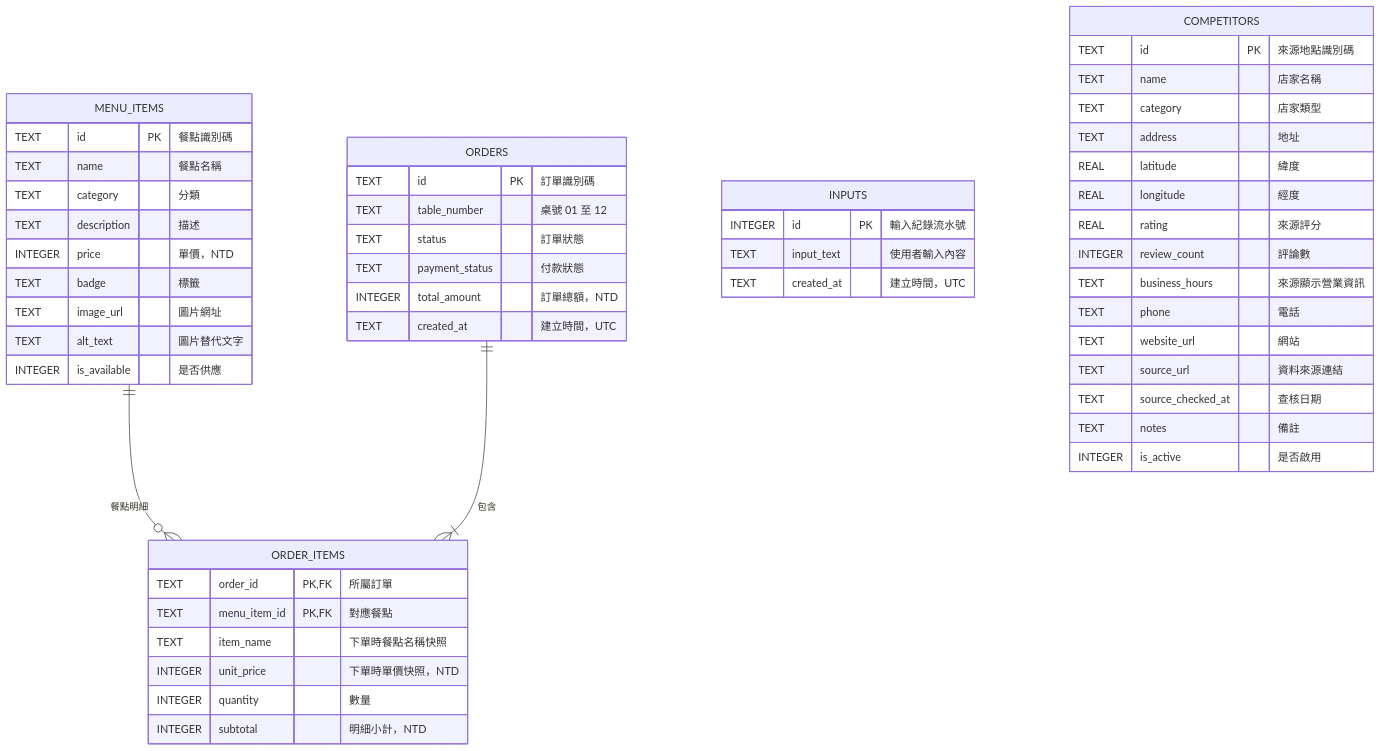
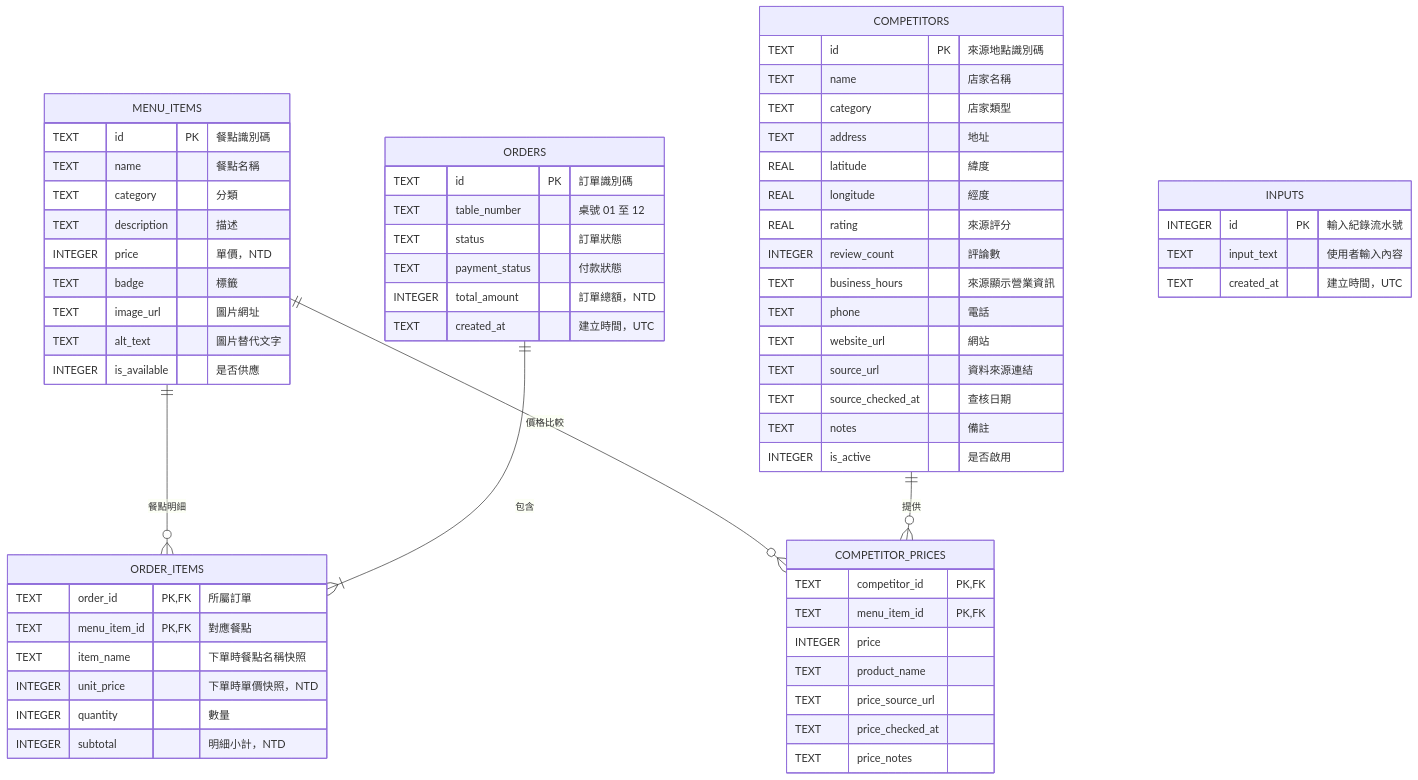
One commit to final0618/POS2 changed the diagram in spec/backend.md. Above: the diagram before and after it, drawn with Mermaid. The commit also changed other lines of this file and 26 other files, not shown here.

````diff
--- a/spec/backend.md
+++ b/spec/backend.md
@@ -37,55 +38,66 @@
 ```mermaid
 erDiagram
   MENU_ITEMS ||--o{ ORDER_ITEMS : "餐點明細"
   ORDERS ||--|{ ORDER_ITEMS : "包含"
+  MENU_ITEMS ||--o{ COMPETITOR_PRICES : "價格比較"
+  COMPETITORS ||--o{ COMPETITOR_PRICES : "提供"
 
   MENU_ITEMS {
     TEXT id PK "餐點識別碼"
     TEXT name "餐點名稱"
     TEXT category "分類"
     TEXT description "描述"
     INTEGER price "單價，NTD"
     TEXT badge "標籤"
     TEXT image_url "圖片網址"
     TEXT alt_text "圖片替代文字"
     INTEGER is_available "是否供應"
   }
   ORDERS {
     TEXT id PK "訂單識別碼"
     TEXT table_number "桌號 01 至 12"
     TEXT status "訂單狀態"
     TEXT payment_status "付款狀態"
     INTEGER total_amount "訂單總額，NTD"
     TEXT created_at "建立時間，UTC"
   }
   ORDER_ITEMS {
     TEXT order_id PK, FK "所屬訂單"
     TEXT menu_item_id PK, FK "對應餐點"
     TEXT item_name "下單時餐點名稱快照"
     INTEGER unit_price "下單時單價快照，NTD"
     INTEGER quantity "數量"
     INTEGER subtotal "明細小計，NTD"
   }
   INPUTS {
     INTEGER id PK "輸入紀錄流水號"
     TEXT input_text "使用者輸入內容"
     TEXT created_at "建立時間，UTC"
   }
   COMPETITORS {
     TEXT id PK "來源地點識別碼"
     TEXT name "店家名稱"
     TEXT category "店家類型"
     TEXT address "地址"
     REAL latitude "緯度"
     REAL longitude "經度"
     REAL rating "來源評分"
     INTEGER review_count "評論數"
     TEXT business_hours "來源顯示營業資訊"
     TEXT phone "電話"
     TEXT website_url "網站"
     TEXT source_url "資料來源連結"
     TEXT source_checked_at "查核日期"
     TEXT notes "備註"
     INTEGER is_active "是否啟用"
   }
+  COMPETITOR_PRICES {
+    TEXT competitor_id PK, FK
+    TEXT menu_item_id PK, FK
+    INTEGER price
+    TEXT product_name
+    TEXT price_source_url
+    TEXT price_checked_at
+    TEXT price_notes
+  }
 ```
````
